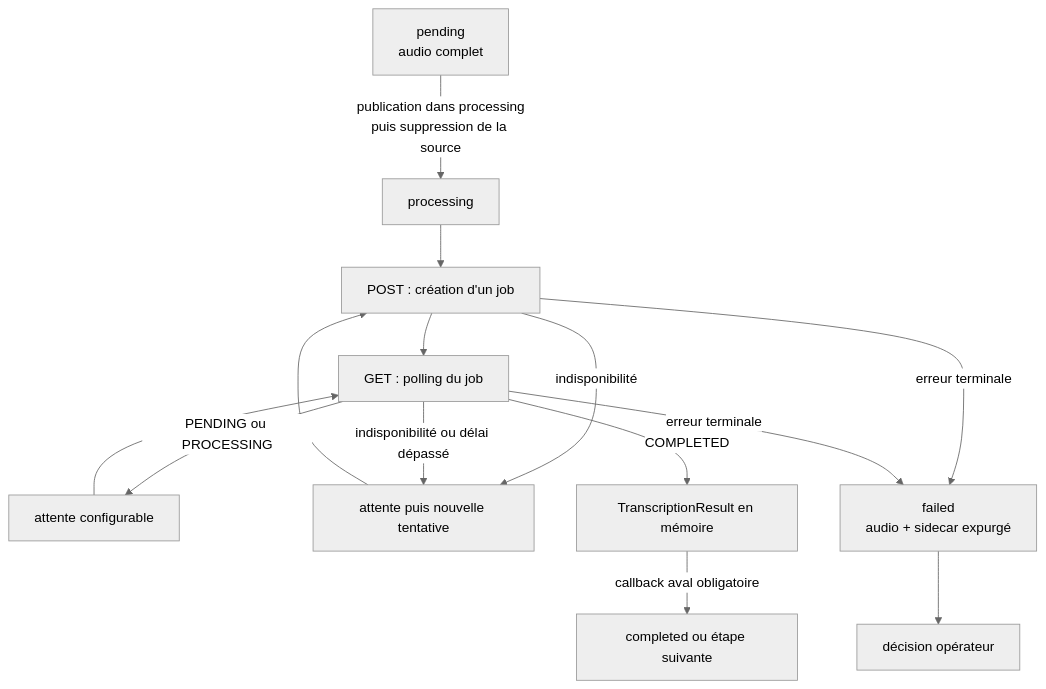
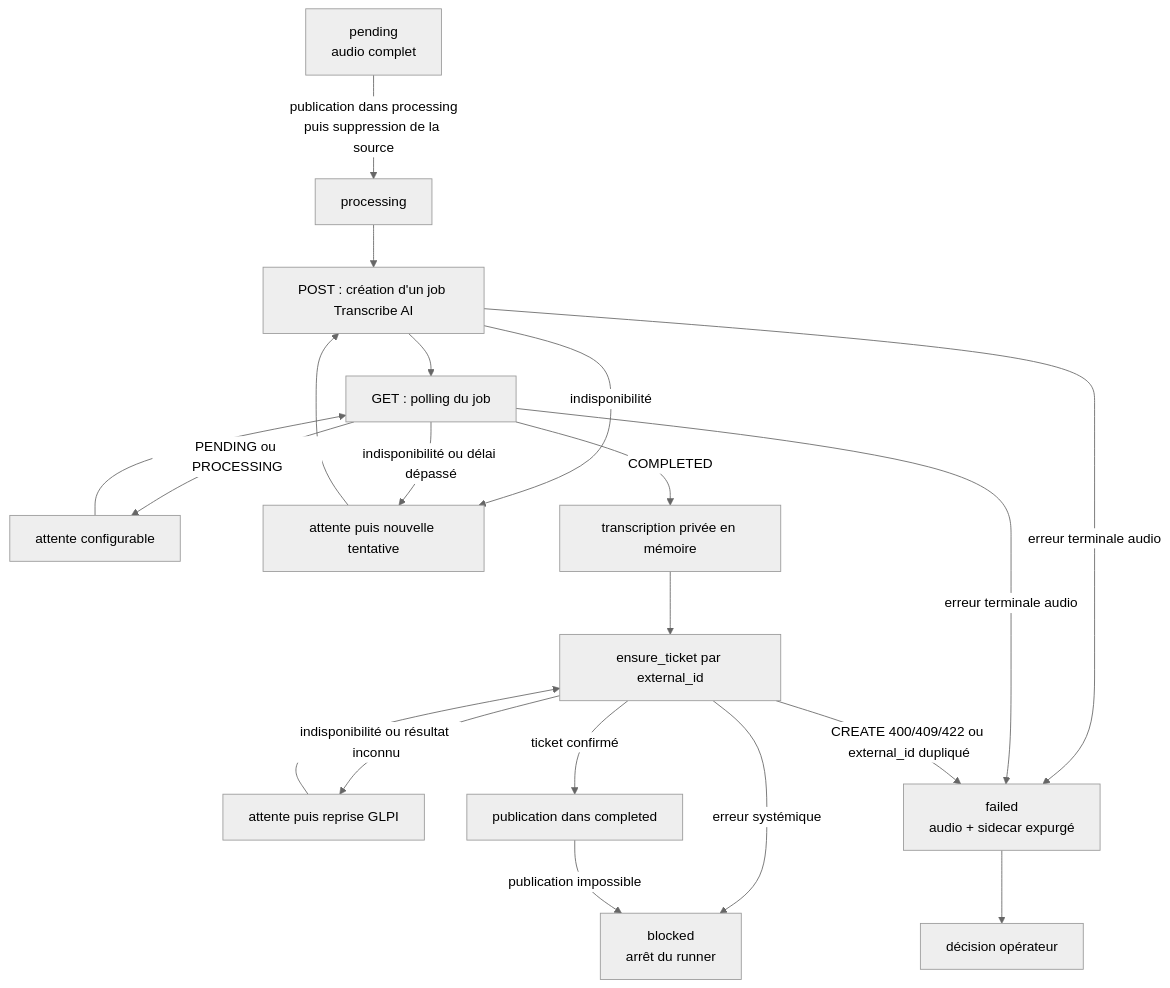
The diagram in apps/worker-automation/README.md (dev-vauclaire/mevo2glpi), drawn with Mermaid (neutral theme) before and after one commit. The commit also changed other lines of this file and 20 other files, not shown here.

````diff
--- a/apps/worker-automation/README.md
+++ b/apps/worker-automation/README.md
@@ -48,16 +55,22 @@
 ```mermaid
 flowchart TD
     P["pending<br/>audio complet"] -->|"publication dans processing<br/>puis suppression de la source"| R["processing"]
-    R --> S["POST : création d'un job"]
+    R --> S["POST : création d'un job Transcribe AI"]
     S --> G["GET : polling du job"]
     G -->|"PENDING ou PROCESSING"| W["attente configurable"]
     W --> G
     S -->|"indisponibilité"| U["attente puis nouvelle tentative"]
     G -->|"indisponibilité ou délai dépassé"| U
     U --> S
-    G -->|"COMPLETED"| M["TranscriptionResult en mémoire"]
-    M -->|"callback aval obligatoire"| C["completed ou étape suivante"]
-    S -->|"erreur terminale"| F["failed<br/>audio + sidecar expurgé"]
-    G -->|"erreur terminale"| F
+    G -->|"COMPLETED"| M["transcription privée en mémoire"]
+    M --> T["ensure_ticket par external_id"]
+    T -->|"indisponibilité ou résultat inconnu"| V["attente puis reprise GLPI"]
+    V --> T
+    T -->|"ticket confirmé"| C["publication dans completed"]
+    S -->|"erreur terminale audio"| F["failed<br/>audio + sidecar expurgé"]
+    G -->|"erreur terminale audio"| F
+    T -->|"CREATE 400/409/422 ou external_id dupliqué"| F
+    T -->|"erreur systémique"| B["blocked<br/>arrêt du runner"]
+    C -->|"publication impossible"| B
     F --> O["décision opérateur"]
 ```
````
